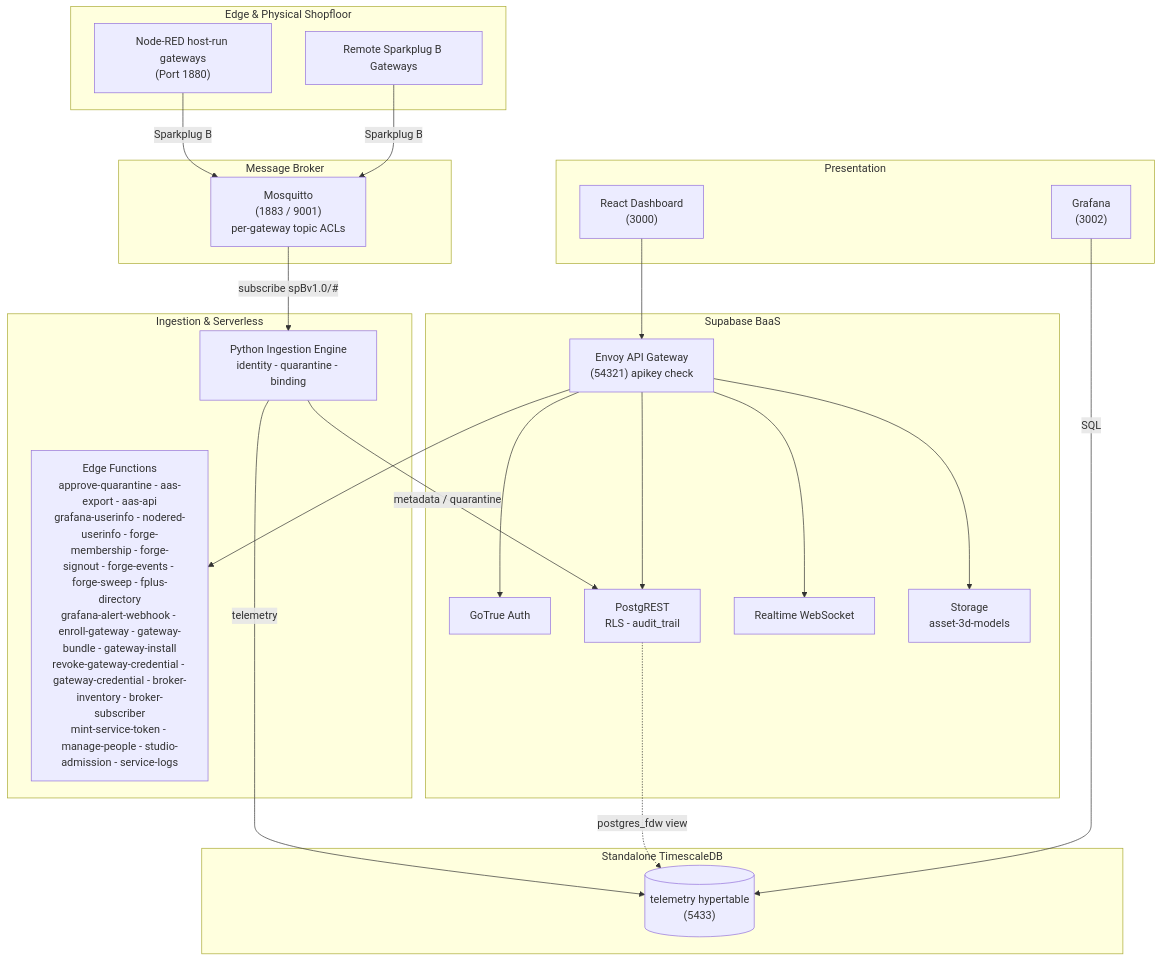
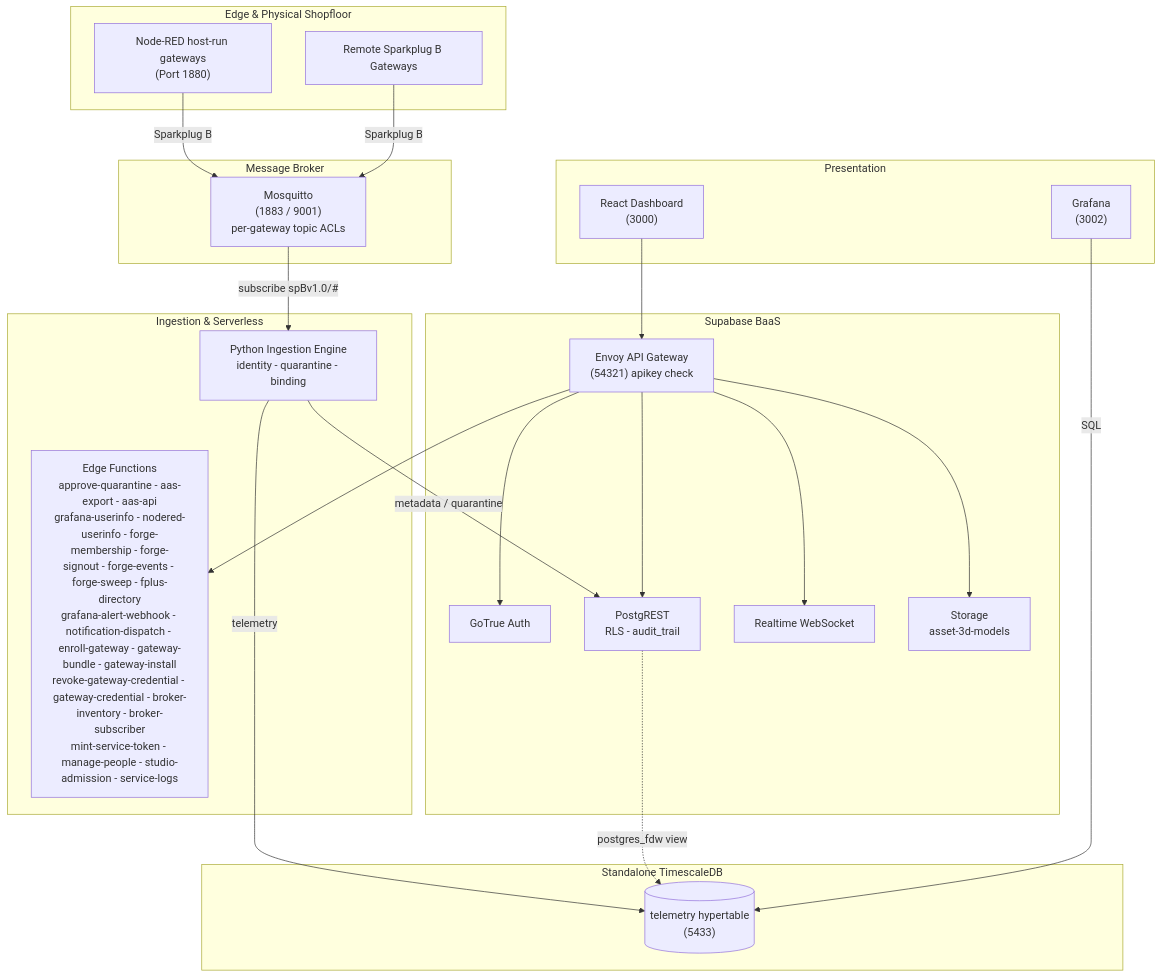
Before and after one commit to Harri-Llewelyn/Aber: the diagram in docs/architecture.md, drawn with Mermaid. The commit also changed other lines of this file and 13 other files, not shown here.

````diff
--- a/docs/architecture.md
+++ b/docs/architecture.md
@@ -43,47 +43,47 @@
 ```mermaid
 flowchart TB
     subgraph Edge ["Edge & Physical Shopfloor"]
         NR["Node-RED host-run gateways<br/>(Port 1880)"]
         DEV["Remote Sparkplug B Gateways"]
     end
 
     subgraph Messaging ["Message Broker"]
         MQTT["Mosquitto<br/>(1883 / 9001)<br/>per-gateway topic ACLs"]
     end
 
     subgraph Processing ["Ingestion & Serverless"]
         ING["Python Ingestion Engine<br/>identity - quarantine - binding"]
-        EF["Edge Functions<br/>approve-quarantine - aas-export - aas-api<br/>grafana-userinfo - nodered-userinfo - forge-membership - forge-signout - forge-events - forge-sweep - fplus-directory<br/>grafana-alert-webhook - enroll-gateway - gateway-bundle - gateway-install<br/>revoke-gateway-credential - gateway-credential - broker-inventory - broker-subscriber<br/>mint-service-token - manage-people - studio-admission - service-logs"]
+        EF["Edge Functions<br/>approve-quarantine - aas-export - aas-api<br/>grafana-userinfo - nodered-userinfo - forge-membership - forge-signout - forge-events - forge-sweep - fplus-directory<br/>grafana-alert-webhook - notification-dispatch - enroll-gateway - gateway-bundle - gateway-install<br/>revoke-gateway-credential - gateway-credential - broker-inventory - broker-subscriber<br/>mint-service-token - manage-people - studio-admission - service-logs"]
     end
 
     subgraph Supabase ["Supabase BaaS"]
         GW["Envoy API Gateway<br/>(54321) apikey check"]
         AUTH["GoTrue Auth"]
         PGRST["PostgREST<br/>RLS - audit_trail"]
         RT["Realtime WebSocket"]
         STO["Storage<br/>asset-3d-models"]
     end
 
     subgraph TSDB ["Standalone TimescaleDB"]
         TS[("telemetry hypertable<br/>(5433)")]
     end
 
     subgraph UX ["Presentation"]
         UI["React Dashboard<br/>(3000)"]
         GRAF["Grafana<br/>(3002)"]
     end
 
     NR -->|Sparkplug B| MQTT
     DEV -->|Sparkplug B| MQTT
     MQTT -->|subscribe spBv1.0/#| ING
     ING -->|metadata / quarantine| PGRST
     ING -->|telemetry| TS
     UI --> GW
     GW --> AUTH
     GW --> PGRST
     GW --> RT
     GW --> STO
     GW --> EF
     PGRST -.->|postgres_fdw view| TS
     GRAF -->|SQL| TS
 ```
````
